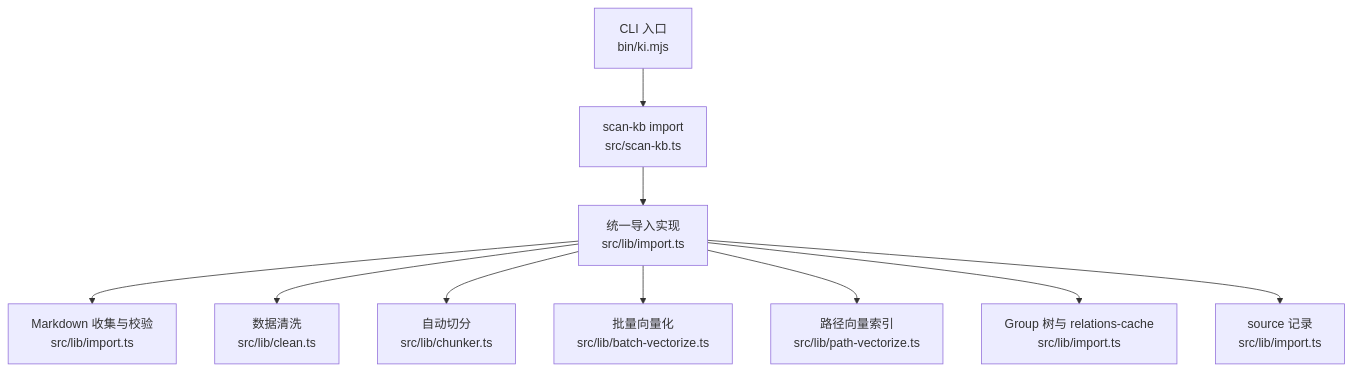
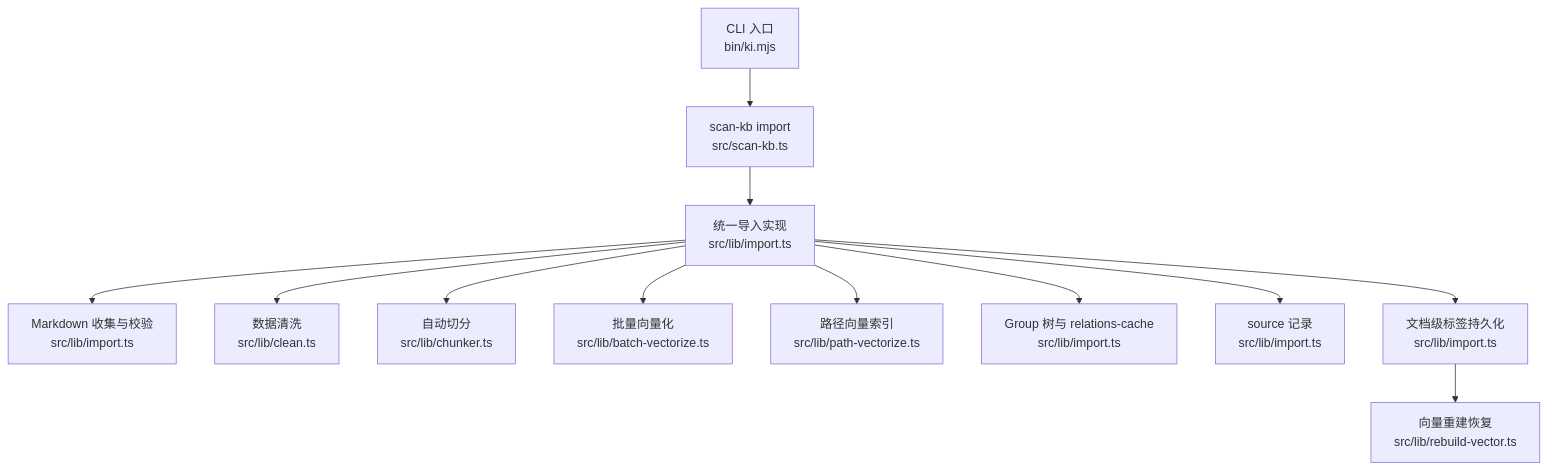
One commit to HACK-WU/kisearch changed the first of 5 diagrams in .qoder/repowiki/zh/content/知识库管理/知识库导入.md. Above: the diagram before and after it, drawn with Mermaid. The commit also changed other lines of this file and 303 other files, not shown here.

````diff
--- a/.qoder/repowiki/zh/content/知识库管理/知识库导入.md
+++ b/.qoder/repowiki/zh/content/知识库管理/知识库导入.md
@@ -43,12 +55,14 @@
 ```mermaid
 graph TB
 A["CLI 入口<br/>bin/ki.mjs"] --> B["scan-kb import<br/>src/scan-kb.ts"]
 B --> C["统一导入实现<br/>src/lib/import.ts"]
 C --> D["Markdown 收集与校验<br/>src/lib/import.ts"]
 C --> E["数据清洗<br/>src/lib/clean.ts"]
 C --> F["自动切分<br/>src/lib/chunker.ts"]
 C --> G["批量向量化<br/>src/lib/batch-vectorize.ts"]
 C --> H["路径向量索引<br/>src/lib/path-vectorize.ts"]
 C --> I["Group 树与 relations-cache<br/>src/lib/import.ts"]
 C --> J["source 记录<br/>src/lib/import.ts"]
+C --> K["文档级标签持久化<br/>src/lib/import.ts"]
+K --> L["向量重建恢复<br/>src/lib/rebuild-vector.ts"]
 ```
````
